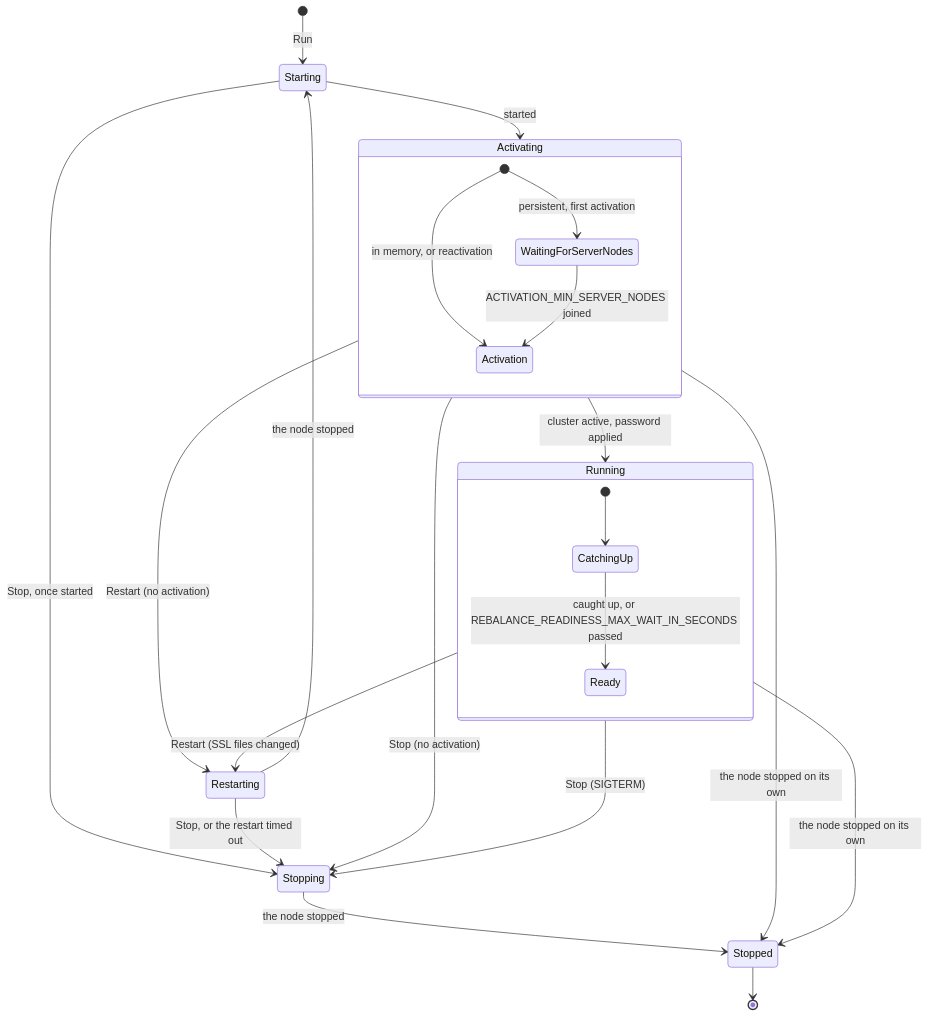
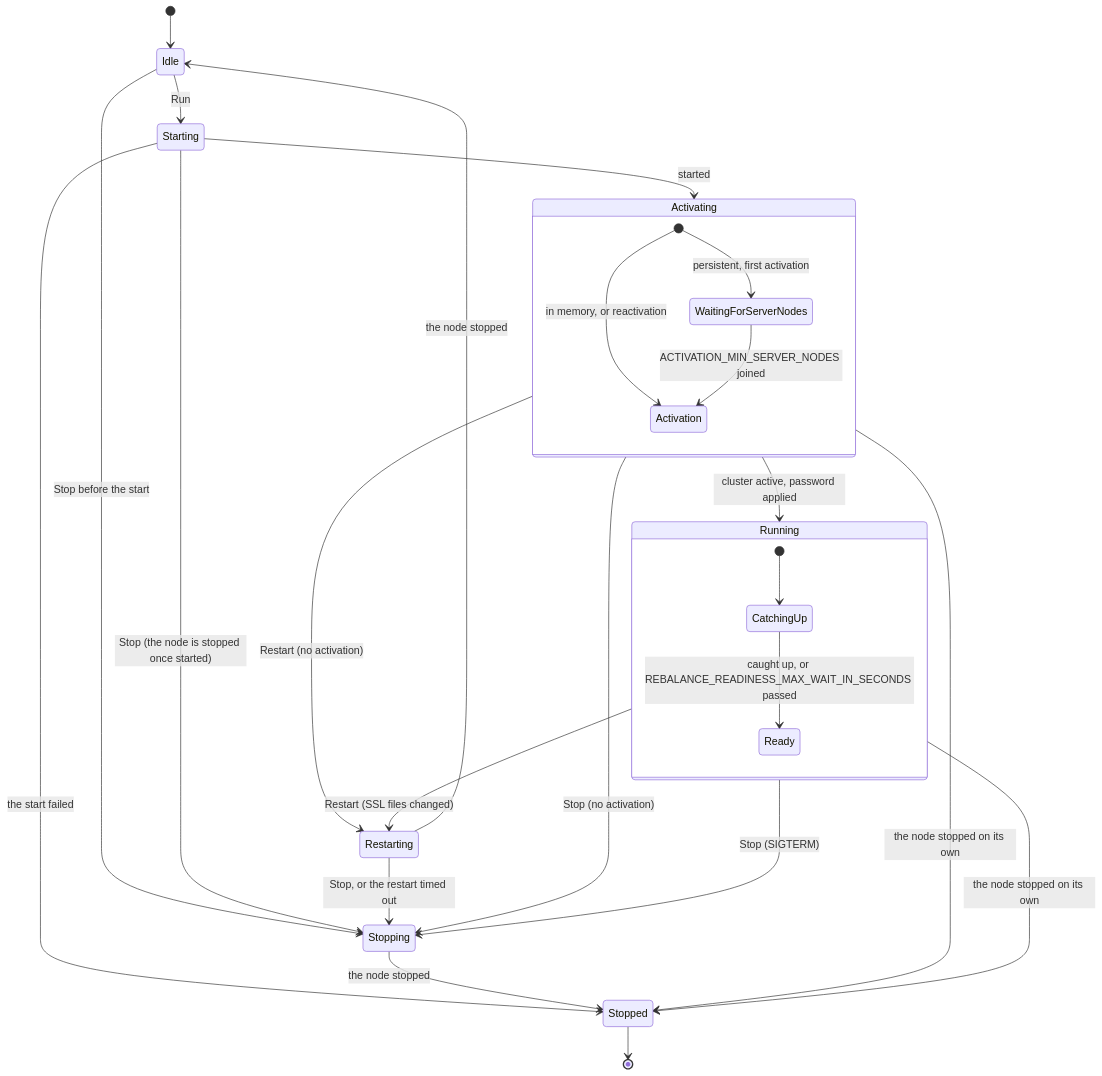
The third of 5 diagrams in docs/architecture.md (dradoaica/AspNetCore.Ignite), drawn with Mermaid before and after one commit. The commit also changed other lines of this file, not shown here.

Commit message:
Runner state diagram as Transition enforces it, what each call does in each phase

````diff
--- a/docs/architecture.md
+++ b/docs/architecture.md
@@ -120,26 +120,29 @@
 ```mermaid
 stateDiagram-v2
-    [*] --> Starting: Run
+    [*] --> Idle
+    Idle --> Starting: Run
+    Idle --> Stopping: Stop before the start
     Starting --> Activating: started
     state Activating {
         [*] --> WaitingForServerNodes: persistent, first activation
         [*] --> Activation: in memory, or reactivation
         WaitingForServerNodes --> Activation: ACTIVATION_MIN_SERVER_NODES joined
     }
     Activating --> Running: cluster active, password applied
     state Running {
         [*] --> CatchingUp
         CatchingUp --> Ready: caught up, or REBALANCE_READINESS_MAX_WAIT_IN_SECONDS passed
     }
     Activating --> Restarting: Restart (no activation)
     Running --> Restarting: Restart (SSL files changed)
-    Restarting --> Starting: the node stopped
-    Starting --> Stopping: Stop, once started
+    Restarting --> Idle: the node stopped
+    Starting --> Stopping: Stop (the node is stopped once started)
+    Starting --> Stopped: the start failed
     Activating --> Stopping: Stop (no activation)
     Running --> Stopping: Stop (SIGTERM)
     Restarting --> Stopping: Stop, or the restart timed out
     Stopping --> Stopped: the node stopped
     Activating --> Stopped: the node stopped on its own
     Running --> Stopped: the node stopped on its own
     Stopped --> [*]
 ```
````
